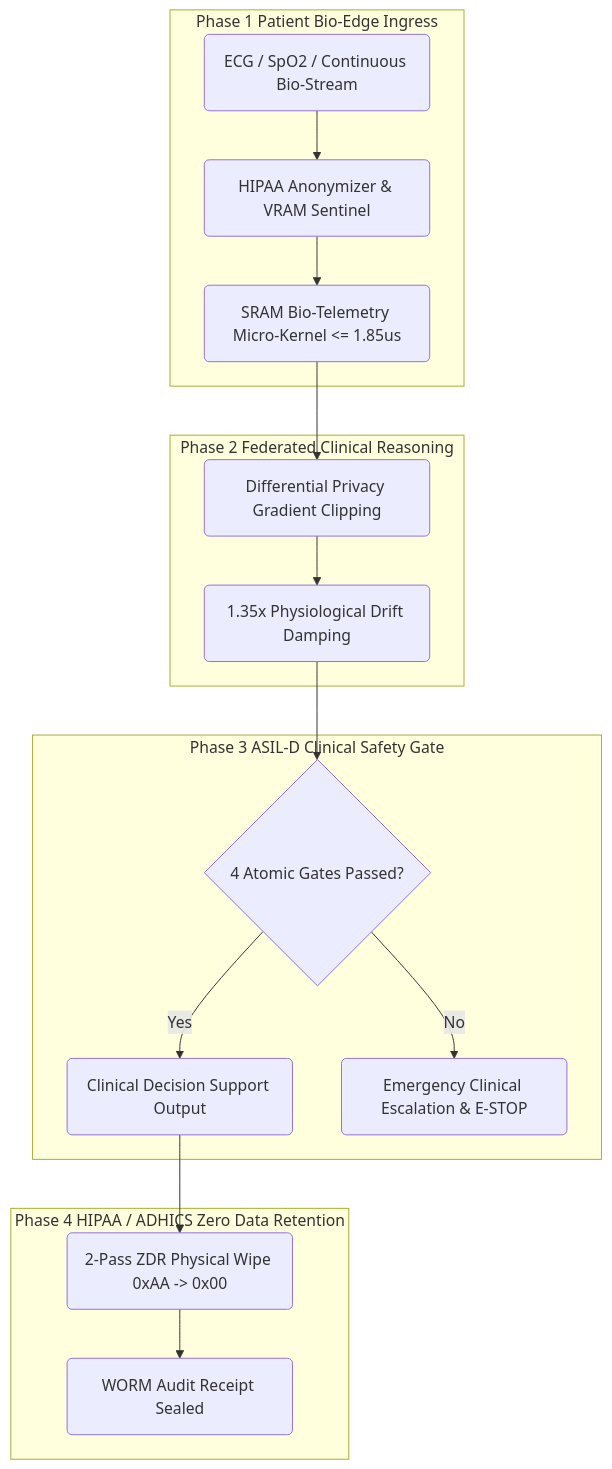
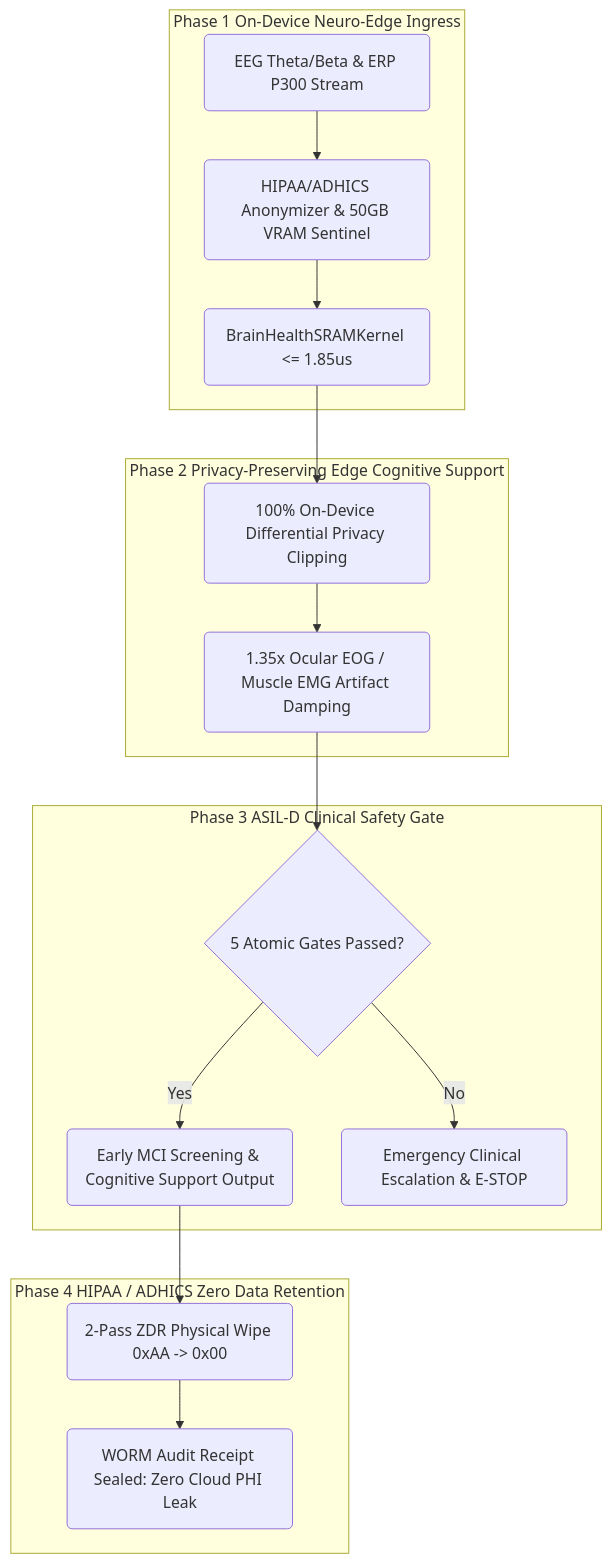
Before and after one commit to jackhu24-ship-it/phantom-grid-abudhabi-future-health: the first of 4 diagrams in docs/SPEC_28_ABUDHABI_FUTURE_HEALTH.md, drawn with Mermaid. The commit also changed other lines of this file and 32 other files, not shown here.

Commit message:
feat(neuro-edge): realign scope to early brain health MCI detection, privacy-preserving edge & live prototype

````diff
--- a/docs/SPEC_28_ABUDHABI_FUTURE_HEALTH.md
+++ b/docs/SPEC_28_ABUDHABI_FUTURE_HEALTH.md
@@ -4,20 +4,20 @@
 ```mermaid
 graph TD
-    subgraph PatientEdge [Phase 1 Patient Bio-Edge Ingress]
-        A(ECG / SpO2 / Continuous Bio-Stream) --> B(HIPAA Anonymizer & VRAM Sentinel)
-        B --> C(SRAM Bio-Telemetry Micro-Kernel <= 1.85us)
+    subgraph PatientEdge [Phase 1 On-Device Neuro-Edge Ingress]
+        A(EEG Theta/Beta & ERP P300 Stream) --> B(HIPAA/ADHICS Anonymizer & 50GB VRAM Sentinel)
+        B --> C(BrainHealthSRAMKernel <= 1.85us)
     end
-    subgraph FederatedCore [Phase 2 Federated Clinical Reasoning]
-        C --> D(Differential Privacy Gradient Clipping)
-        D --> E(1.35x Physiological Drift Damping)
+    subgraph FederatedCore [Phase 2 Privacy-Preserving Edge Cognitive Support]
+        C --> D(100% On-Device Differential Privacy Clipping)
+        D --> E(1.35x Ocular EOG / Muscle EMG Artifact Damping)
     end
     subgraph SafetyGates [Phase 3 ASIL-D Clinical Safety Gate]
-        E --> F{4 Atomic Gates Passed?}
-        F -- Yes --> G(Clinical Decision Support Output)
+        E --> F{5 Atomic Gates Passed?}
+        F -- Yes --> G(Early MCI Screening & Cognitive Support Output)
         F -- No --> H(Emergency Clinical Escalation & E-STOP)
     end
     subgraph ZeroRetention [Phase 4 HIPAA / ADHICS Zero Data Retention]
         G --> I(2-Pass ZDR Physical Wipe 0xAA -> 0x00)
-        I --> J(WORM Audit Receipt Sealed)
+        I --> J(WORM Audit Receipt Sealed: Zero Cloud PHI Leak)
     end
 ```
````
